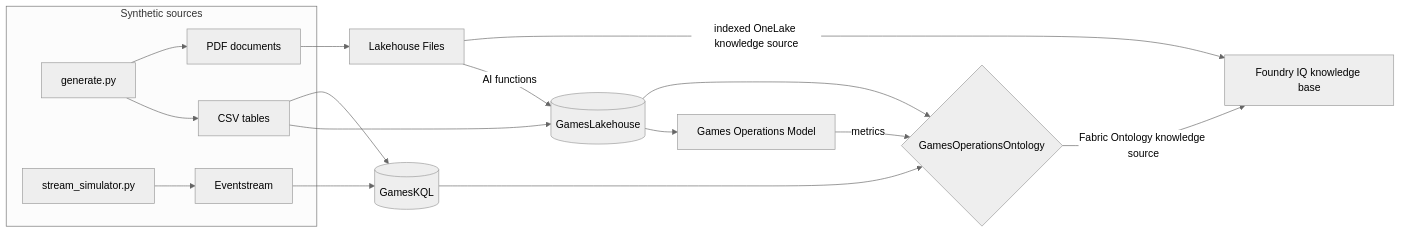
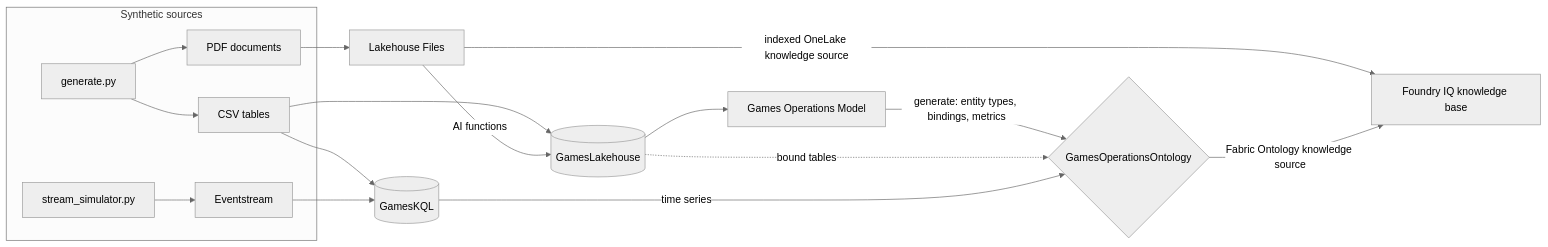
Before and after one commit to strudel0209/Microsoft-Foundry-What-s-New-and-Deep-Dive-Kit: the first of 2 diagrams in samples/games-operations/ontology/ontology-design.md, drawn with Mermaid (neutral theme). The commit also changed other lines of this file and 15 other files, not shown here.

Commit message:
Fixed EvenStream mapings, Games operations: findings extraction notebook and ontology prompt 3

````diff
--- a/samples/games-operations/ontology/ontology-design.md
+++ b/samples/games-operations/ontology/ontology-design.md
@@ -47,19 +47,19 @@
 ```mermaid
 flowchart LR
   subgraph Sources[Synthetic sources]
     G[generate.py] --> CSV[CSV tables]
     G --> PDF[PDF documents]
     SIM[stream_simulator.py] --> ES[Eventstream]
   end
   CSV --> LH[(GamesLakehouse)]
   CSV --> EH[(GamesKQL)]
   ES --> EH
   PDF --> FILES[Lakehouse Files]
   FILES -- AI functions --> LH
   LH --> SM[Games Operations Model]
-  LH --> ONT{GamesOperationsOntology}
-  EH --> ONT
-  SM -- metrics --> ONT
+  SM -- generate: entity types, bindings, metrics --> ONT{GamesOperationsOntology}
+  LH -. bound tables .-> ONT
+  EH -- time series --> ONT
   FILES -- indexed OneLake knowledge source --> KB[Foundry IQ knowledge base]
   ONT -- Fabric Ontology knowledge source --> KB
 ```
````
